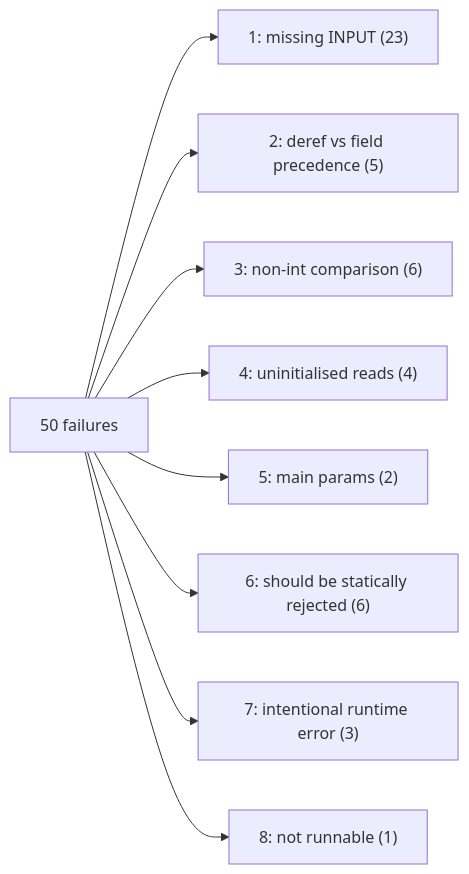
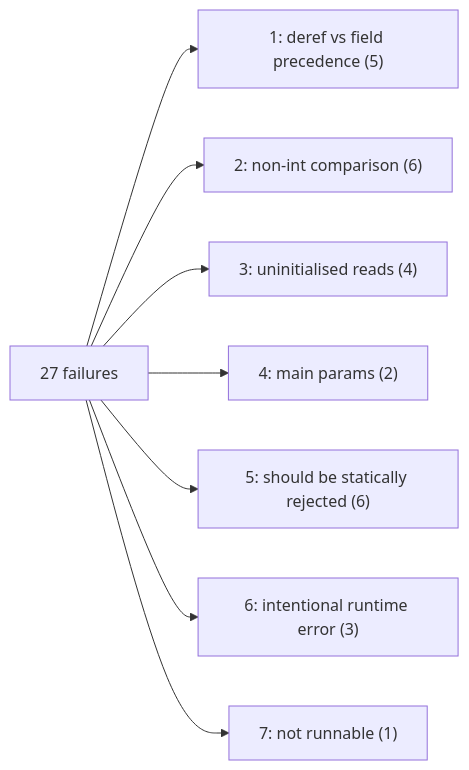
One commit to jumbatm/tip-hs changed the diagram in TEST_FAILURES.md. Above: the diagram before and after it, drawn with Mermaid. The commit also changed other lines of this file, not shown here.

Commit message:
Update TEST_FAILURES.md for CHECK-ONLY baseline

````diff
--- a/TEST_FAILURES.md
+++ b/TEST_FAILURES.md
@@ -28,11 +27,10 @@
 ```mermaid
 flowchart LR
-  F["50 failures"] --> B1["1: missing INPUT (23)"]
-  F --> B2["2: deref vs field precedence (5)"]
-  F --> B3["3: non-int comparison (6)"]
-  F --> B4["4: uninitialised reads (4)"]
-  F --> B5["5: main params (2)"]
-  F --> B6["6: should be statically rejected (6)"]
-  F --> B7["7: intentional runtime error (3)"]
-  F --> B8["8: not runnable (1)"]
+  F["27 failures"] --> B1["1: deref vs field precedence (5)"]
+  F --> B2["2: non-int comparison (6)"]
+  F --> B3["3: uninitialised reads (4)"]
+  F --> B4["4: main params (2)"]
+  F --> B5["5: should be statically rejected (6)"]
+  F --> B6["6: intentional runtime error (3)"]
+  F --> B7["7: not runnable (1)"]
 ```
````
